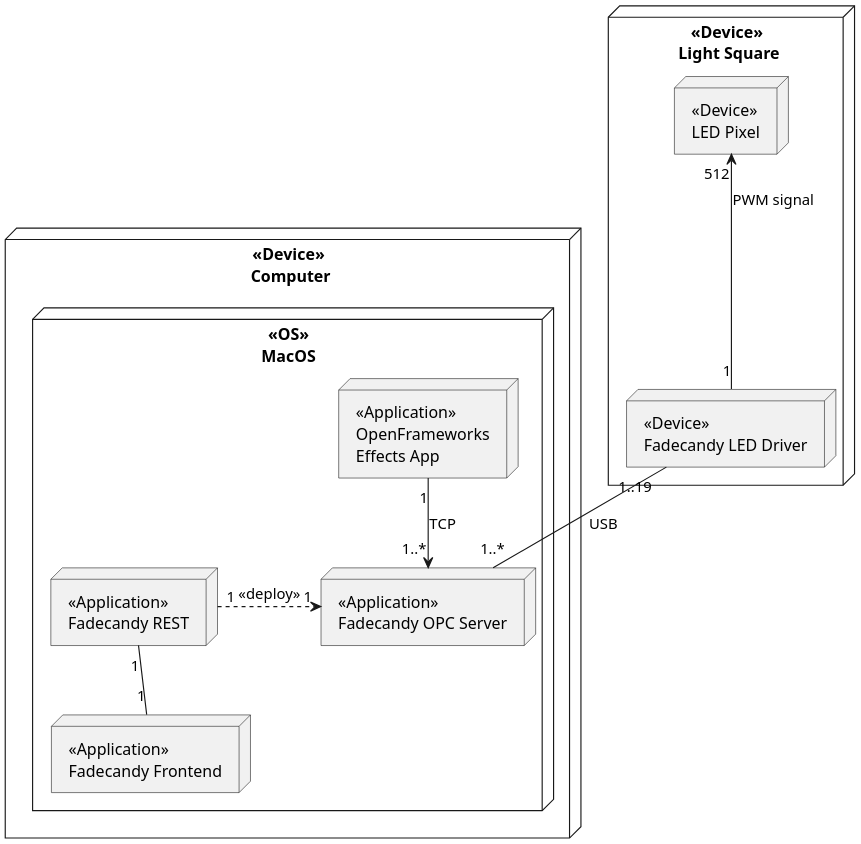
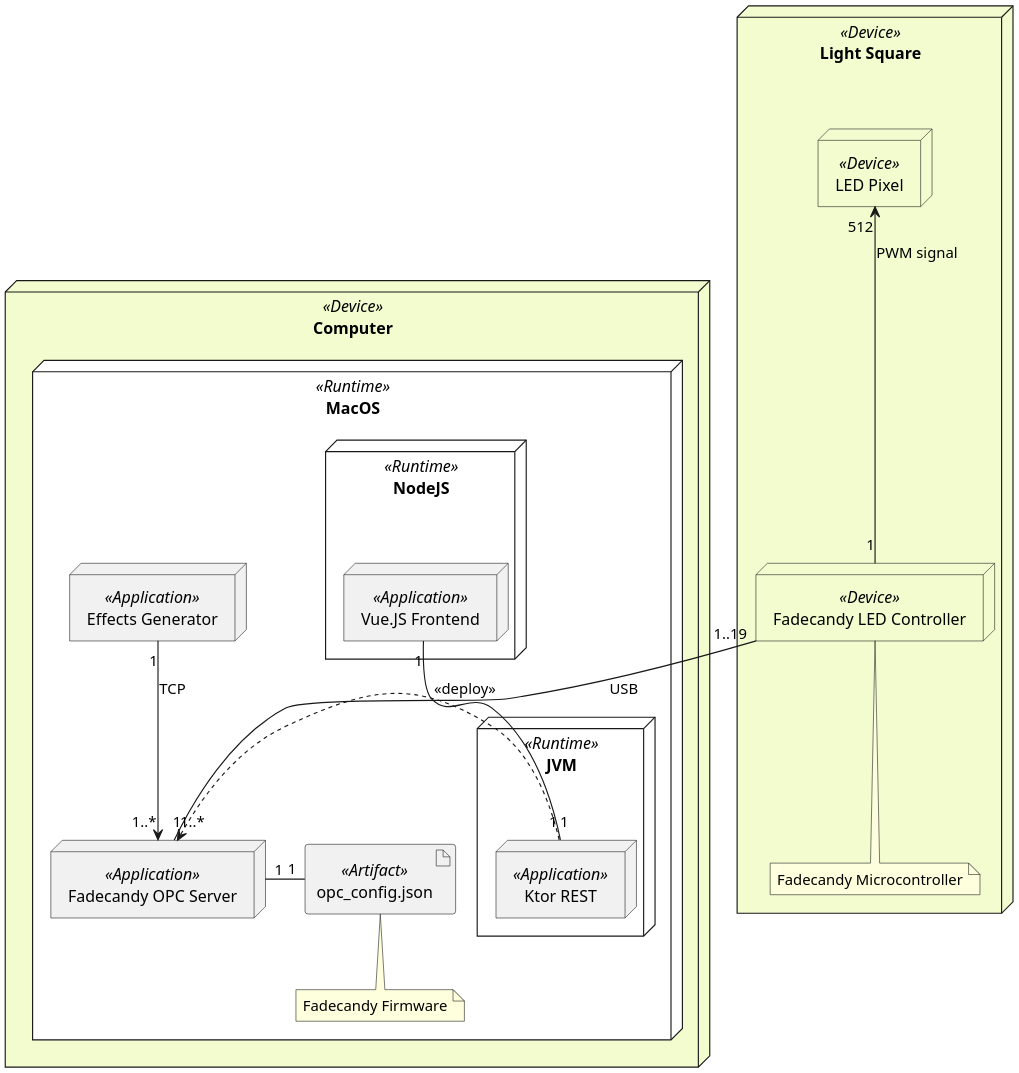
The diagram in docs/deployment_diagram.wsd (simonas-dev/light-square), drawn with PlantUML before and after one commit.

Commit message:
Update Deployment Doc

```diff
--- a/docs/deployment_diagram.wsd
+++ b/docs/deployment_diagram.wsd
@@ -1,25 +1,35 @@
 @startuml
 scale 2
 
+skinparam node {
+    backgroundColor<<Device>> #f2fccf
+    backgroundColor<<Runtime>> white
+}
 
-node "<<Device>>\n Light Square" as light_box {
-    node "<<Device>>\nFadecandy LED Driver" as fadecandy
-    node "<<Device>>\nLED Pixel" as led
+node "Light Square" <<Device>> as light_box {
+    node "Fadecandy LED Controller" <<Device>> as fadecandy
+    note bottom: Fadecandy Microcontroller
+    node "LED Pixel" <<Device>> as led
     led "512" <-- "1" fadecandy : "PWM signal"
 }
 
-
-node "<<Device>>\n Computer" as pc {
-    node "<<OS>>\nMacOS" as macOS {
-        node "<<Application>>\nFadecandy REST" as rest 
-        node "<<Application>>\nFadecandy Frontend" as frontend 
-        node "<<Application>>\nFadecandy OPC Server" as opc
-        node "<<Application>>\nOpenFrameworks\nEffects App" as of
+node "Computer" <<Device>> as pc {
+    node "MacOS" <<Runtime>> as macOS {
+        node "JVM" <<Runtime>> {
+            node "Ktor REST" <<Application>> as rest 
+        }
+        node "NodeJS" <<Runtime>> {
+            node "Vue.JS Frontend" <<Application>>  as frontend
+        }        
+        node "Fadecandy OPC Server" <<Application>> as opc
+        artifact "opc_config.json" <<Artifact>> as conf
+        conf "1" -left- "1" opc
+        note bottom: Fadecandy Firmware
+        node "Effects Generator" <<Application>> as of
         fadecandy "1..19" -- "1..*" opc : USB
-        rest "1" .> "1" opc : <<deploy>>
-        of "1" --> "1..*" opc : TCP
-        rest "1" -- "1" frontend
+        rest "1" .left.> "1" opc : <<deploy>>
+        of "1" -down-> "1..*" opc : TCP
+        rest "1" -up- "1" frontend
     }
 }
-
 @enduml
```
